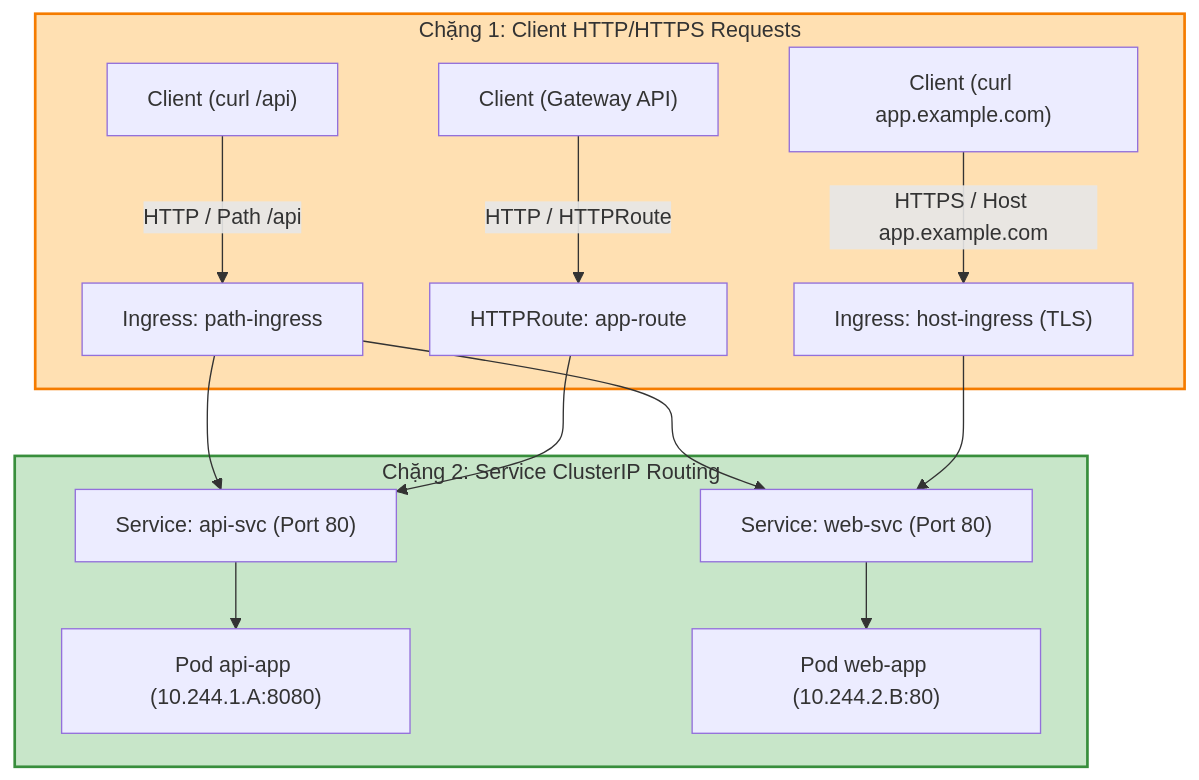
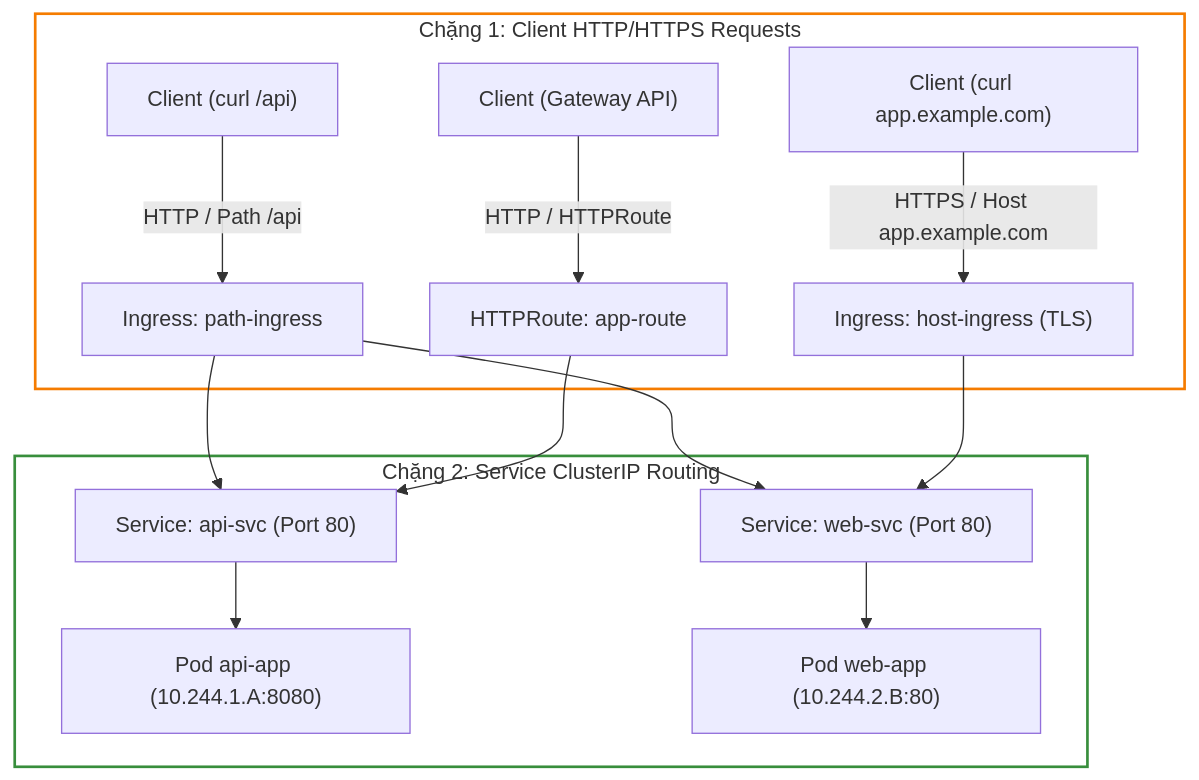
The third of 3 diagrams in _posts/2026-09-12-cka-24-24-ingress-va-gateway-api.md (kiennt308/ntk), drawn with Mermaid before and after one commit. The commit also changed other lines of this file and 207 other files, not shown here.

Commit message:
feat(posts): batch standardize all 208 posts with TL;DR, qa-card accordion, fill:none mermaid, and liquid raw wrappers

````diff
--- a/_posts/2026-09-12-cka-24-24-ingress-va-gateway-api.md
+++ b/_posts/2026-09-12-cka-24-24-ingress-va-gateway-api.md
@@ -524,20 +528,20 @@
 ```mermaid
 graph TD
     subgraph Client_Requests ["Chặng 1: Client HTTP/HTTPS Requests"]
         CLIENT1["Client (curl /api)"] -->|HTTP / Path /api| ING_PATH["Ingress: path-ingress"]
         CLIENT2["Client (curl app.example.com)"] -->|HTTPS / Host app.example.com| ING_HOST["Ingress: host-ingress (TLS)"]
         CLIENT3["Client (Gateway API)"] -->|HTTP / HTTPRoute| GWAY["HTTPRoute: app-route"]
     end
 
     subgraph Backend_Routing ["Chặng 2: Service ClusterIP Routing"]
         ING_PATH --> SVC_API["Service: api-svc (Port 80)"]
         ING_PATH --> SVC_WEB["Service: web-svc (Port 80)"]
         ING_HOST --> SVC_WEB
         GWAY --> SVC_API
         SVC_API --> POD_API["Pod api-app (10.244.1.A:8080)"]
         SVC_WEB --> POD_WEB["Pod web-app (10.244.2.B:80)"]
     end
 
-    style Client_Requests fill:#ffe0b2,stroke:#f57c00,stroke-width:2px
-    style Backend_Routing fill:#c8e6c9,stroke:#388e3c,stroke-width:2px
+    style Client_Requests fill:none,stroke:#f57c00,stroke-width:2px
+    style Backend_Routing fill:none,stroke:#388e3c,stroke-width:2px
 ```
````
